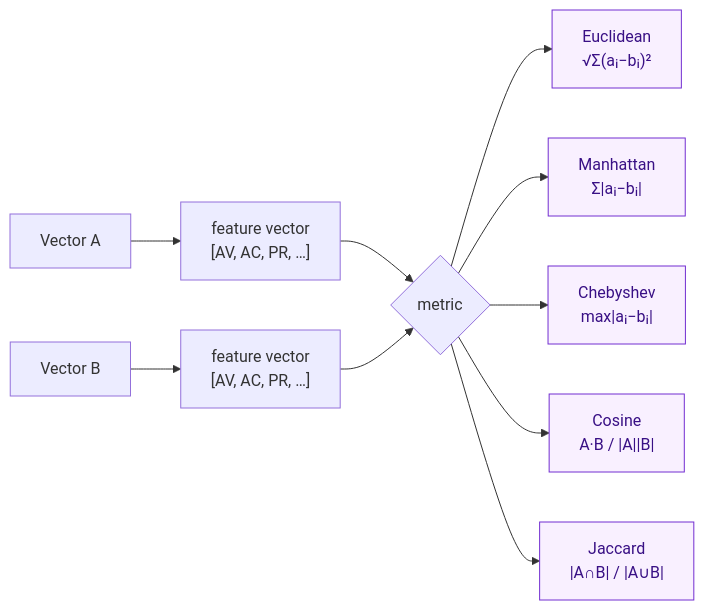
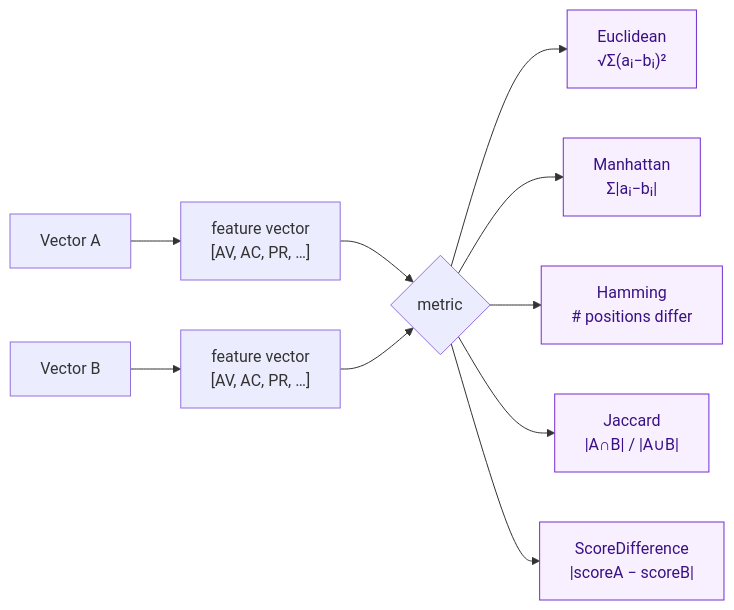
Before and after one commit to scagogogo/cvss: the diagram in docs/api/cvss/distance.md, drawn with Mermaid. The commit also changed other lines of this file and 1 other file, not shown here.

````diff
--- a/docs/api/cvss/distance.md
+++ b/docs/api/cvss/distance.md
@@ -9,15 +9,15 @@
 ```mermaid
 flowchart LR
     V1["Vector A"] --> F1["feature vector<br/>[AV, AC, PR, …]"]
     V2["Vector B"] --> F2["feature vector<br/>[AV, AC, PR, …]"]
     F1 --> M{metric}
     F2 --> M
     M --> E["Euclidean<br/>√Σ(aᵢ−bᵢ)²"]
     M --> Man["Manhattan<br/>Σ|aᵢ−bᵢ|"]
-    M --> Ch["Chebyshev<br/>max|aᵢ−bᵢ|"]
-    M --> Cos["Cosine<br/>A·B / |A||B|"]
+    M --> Ham["Hamming<br/># positions differ"]
     M --> Jac["Jaccard<br/>|A∩B| / |A∪B|"]
+    M --> Sd["ScoreDifference<br/>|scoreA − scoreB|"]
 
     classDef dist fill:#f9f0ff,stroke:#722ed1,color:#391085;
-    class E,Man,Ch,Cos,Jac dist;
+    class E,Man,Ham,Jac,Sd dist;
 ```
````
